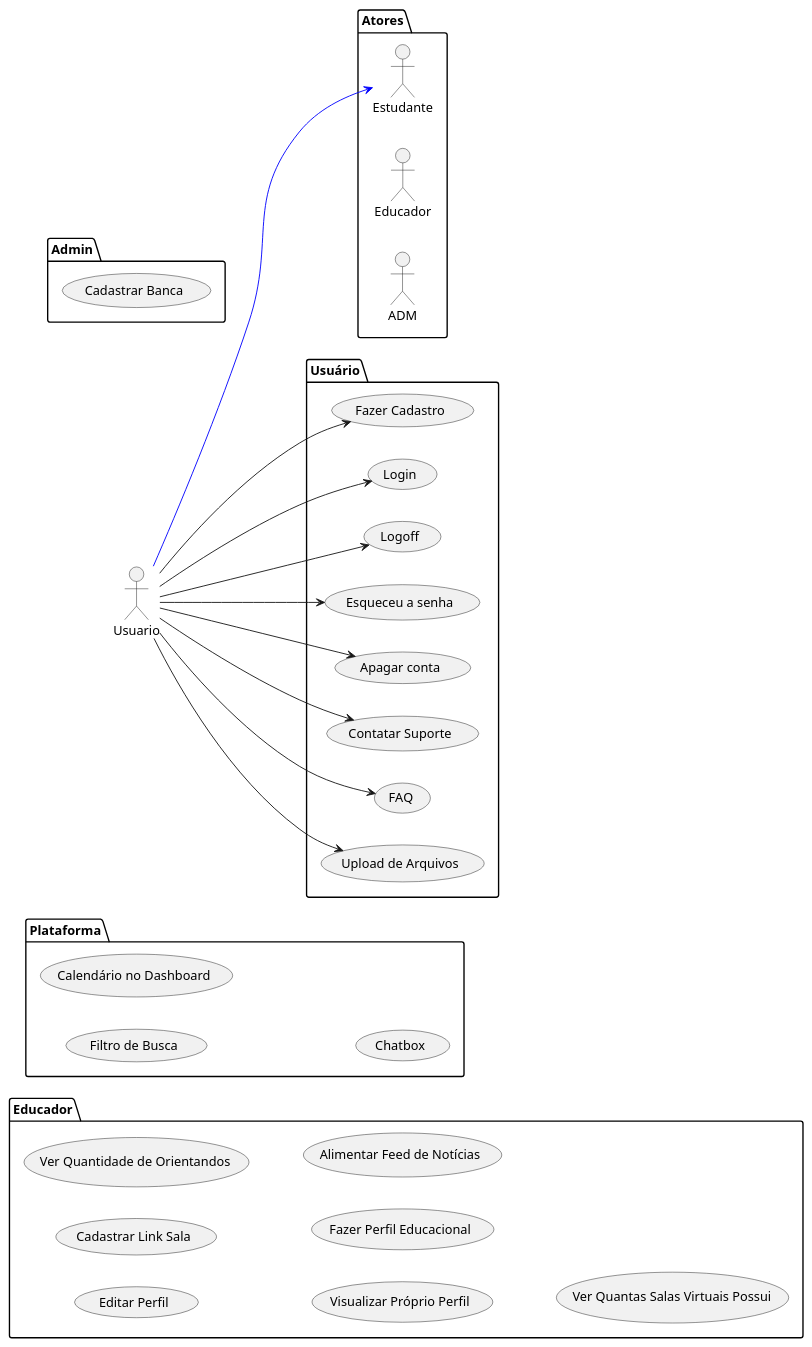
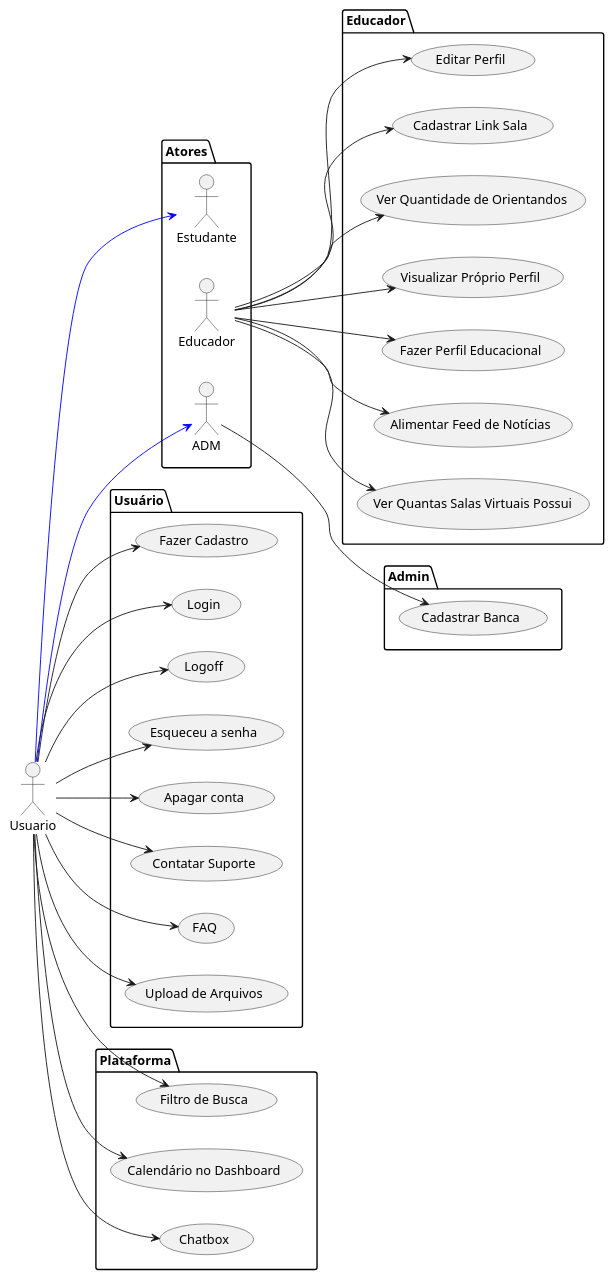
Before and after one commit to HookCycle/BITcc: the diagram in doc/requirements.md, drawn with PlantUML.

Commit message:
Main | PlantUML

````diff
--- a/doc/requirements.md
+++ b/doc/requirements.md
@@ -39,46 +39,59 @@
 ```plantuml
 @startuml
 left to right direction
 actor Usuario as u
 package Atores {
   actor Estudante as e
   actor "Educador" as or
   actor "ADM" as Ad
 }
 package Usuário {
   usecase "Fazer Cadastro" as RF01
   usecase "Login" as RF02
   usecase "Logoff" as RF03
   usecase "Esqueceu a senha" as RF04
   usecase "Apagar conta" as RF05
   usecase "Contatar Suporte" as RF06
   usecase "FAQ" as RF07
   usecase "Upload de Arquivos" as RF08
 }
 package Admin{
   usecase "Cadastrar Banca" as RF09
 }
 package Educador{
   usecase "Editar Perfil" as RF10
   usecase "Cadastrar Link Sala" as RF11
   usecase "Ver Quantidade de Orientandos" as RF12
   usecase "Visualizar Próprio Perfil" as RF13
   usecase "Fazer Perfil Educacional" as RF14
   usecase "Alimentar Feed de Notícias" as RF15
   usecase "Ver Quantas Salas Virtuais Possui" as RF16
 }
 package Plataforma{
   usecase "Filtro de Busca" as RF17
   usecase "Calendário no Dashboard" as RF18
   usecase "Chatbox" as RF19
 }
   u --> RF01
   u --> RF02
   u --> RF03
   u --> RF04
   u --> RF05
   u --> RF06
   u --> RF07
   u --> RF08
 u -[#0000FF]-> e
+u -[#0000FF]-> Ad
+  Ad --> RF09
+  or --> RF10
+  or --> RF11
+  or --> RF12
+  or --> RF13
+  or --> RF14
+  or --> RF15
+  or --> RF16
+  u --> RF17
+  u --> RF18
+  u --> RF19
+@enduml
 ```
````
